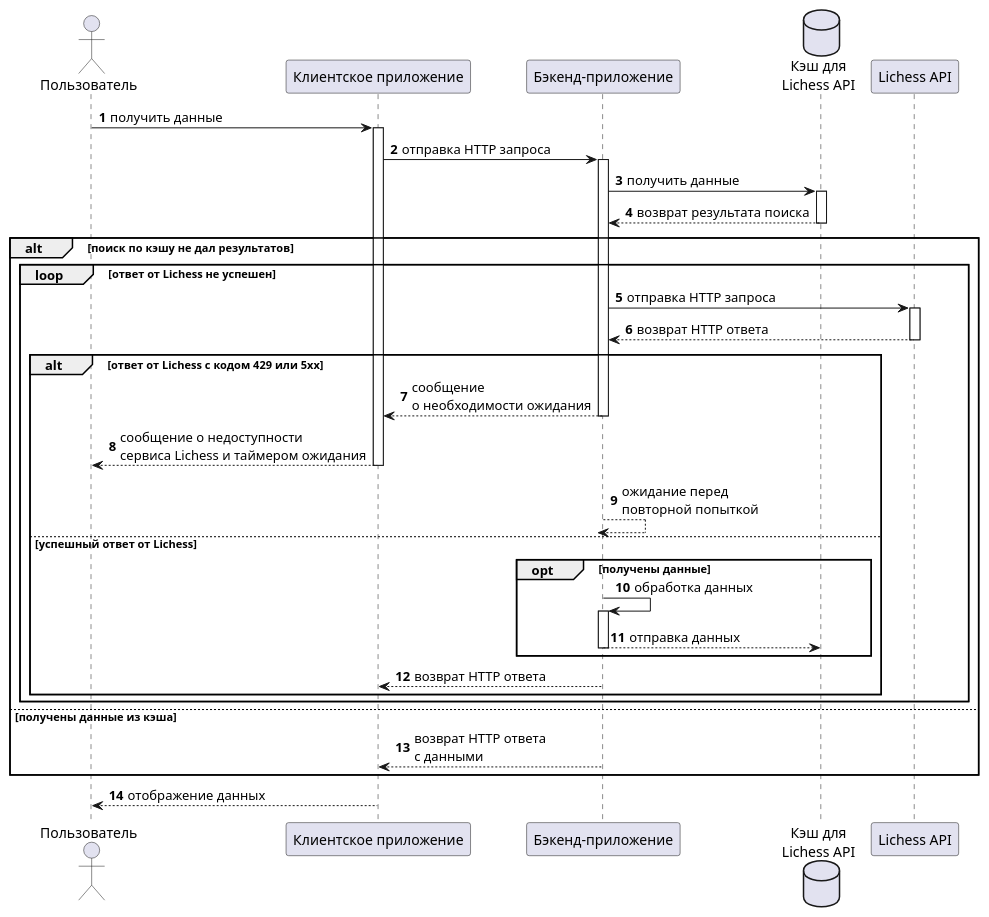
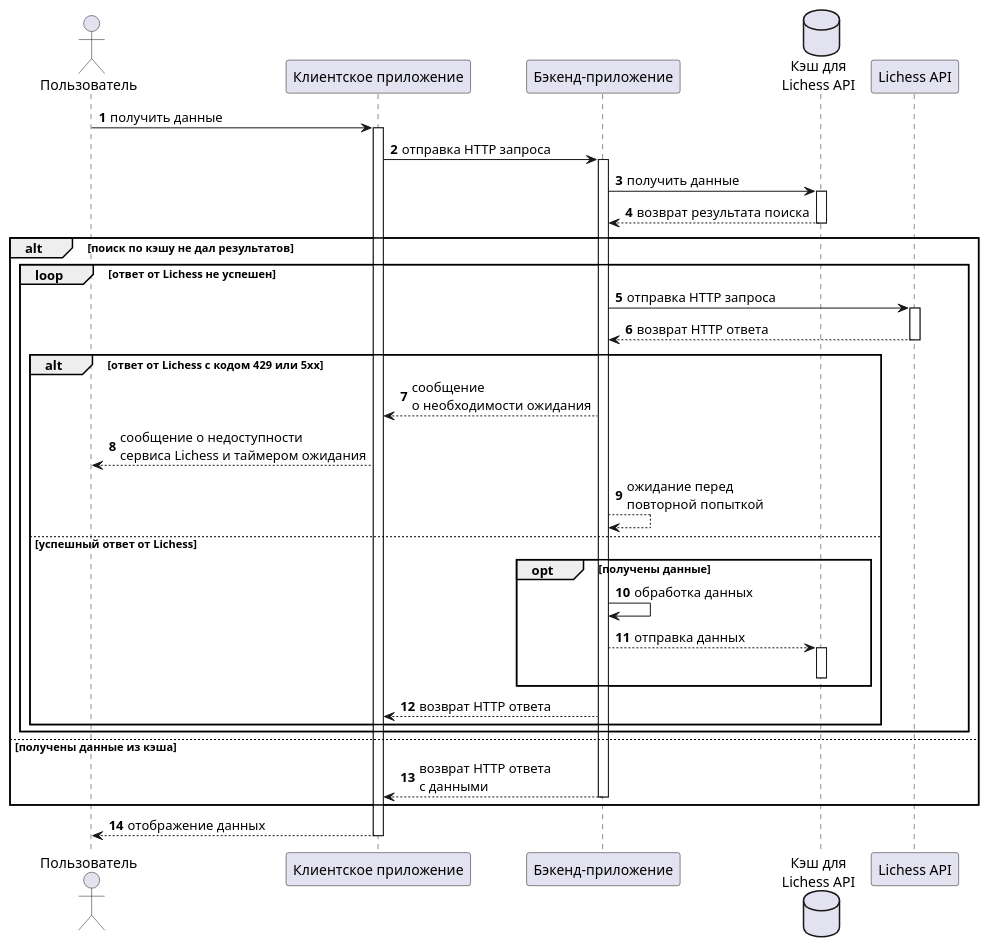
The second of 2 diagrams in docs/lichess_request_response.puml (AleksanderNekr/LichessAnalyzer), drawn with PlantUML before and after one commit. The commit also changed other lines of this file, not shown here.

Commit message:
[Docs] Remove autoactivate.

```diff
--- a/docs/lichess_request_response.puml
+++ b/docs/lichess_request_response.puml
@@ -36,42 +41,51 @@
 @startuml Request-Response with Cache, retries and 429 check Sequence
 
 autonumber
-autoactivate on
 
 actor Пользователь as user
 participant "Клиентское приложение" as client
 participant "Бэкенд-приложение" as backend
 database "Кэш для\nLichess API" as cache
 participant "Lichess API" as lichess
 
 user -> client: получить данные
+activate client
 
 client -> backend: отправка HTTP запроса
+activate backend
 
 backend -> cache: получить данные
+activate cache
 cache --> backend: возврат результата поиска
+deactivate cache
 
 alt поиск по кэшу не дал результатов
     loop ответ от Lichess не успешен
         backend -> lichess: отправка HTTP запроса
+        activate lichess
         lichess --> backend: возврат HTTP ответа
+        deactivate lichess
     
         alt ответ от Lichess с кодом 429 или 5xx
             backend --> client: сообщение\nо необходимости ожидания
             client --> user: сообщение о недоступности\nсервиса Lichess и таймером ожидания
             backend --> backend: ожидание перед\nповторной попыткой
         else успешный ответ от Lichess
             opt получены данные
                 backend -> backend: обработка данных
                 backend --> cache: отправка данных
+                activate cache
+                deactivate cache
             end
             backend --> client: возврат HTTP ответа
         end
     end
 else получены данные из кэша
     backend --> client: возврат HTTP ответа\nс данными
+    deactivate backend
 end
 
 client --> user: отображение данных
+deactivate client
 
 @enduml
```
